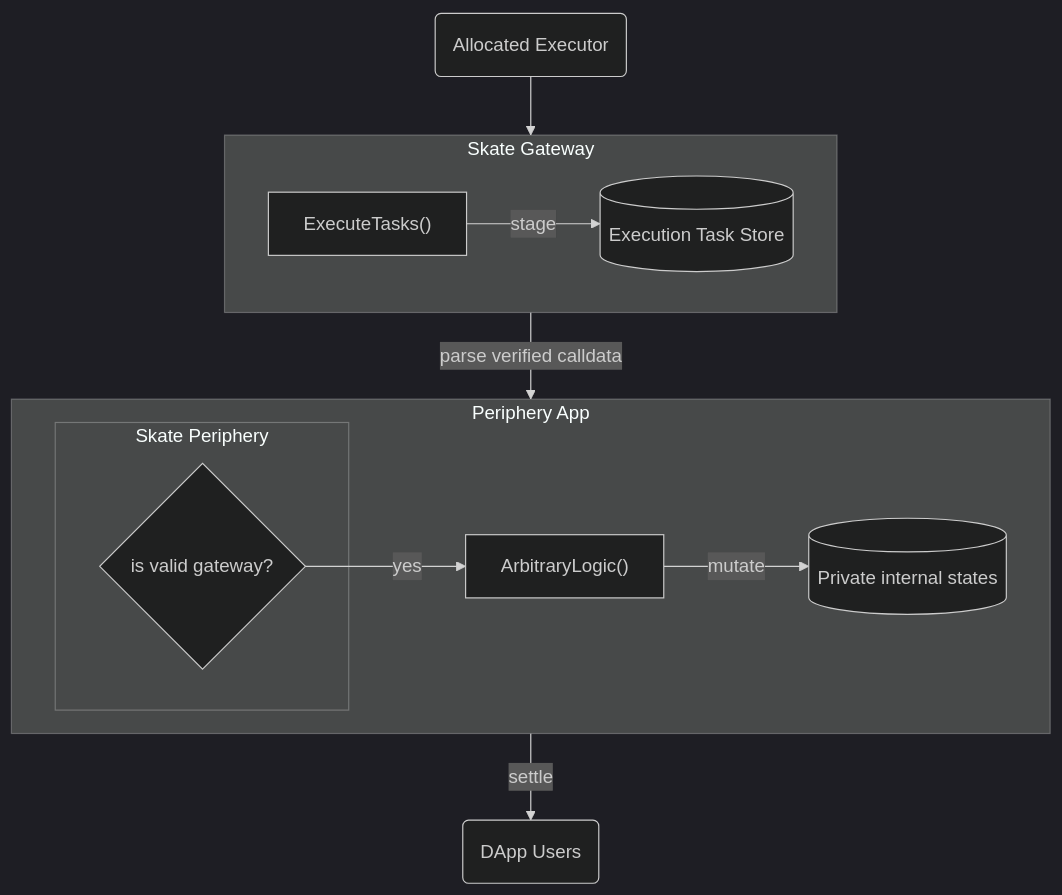
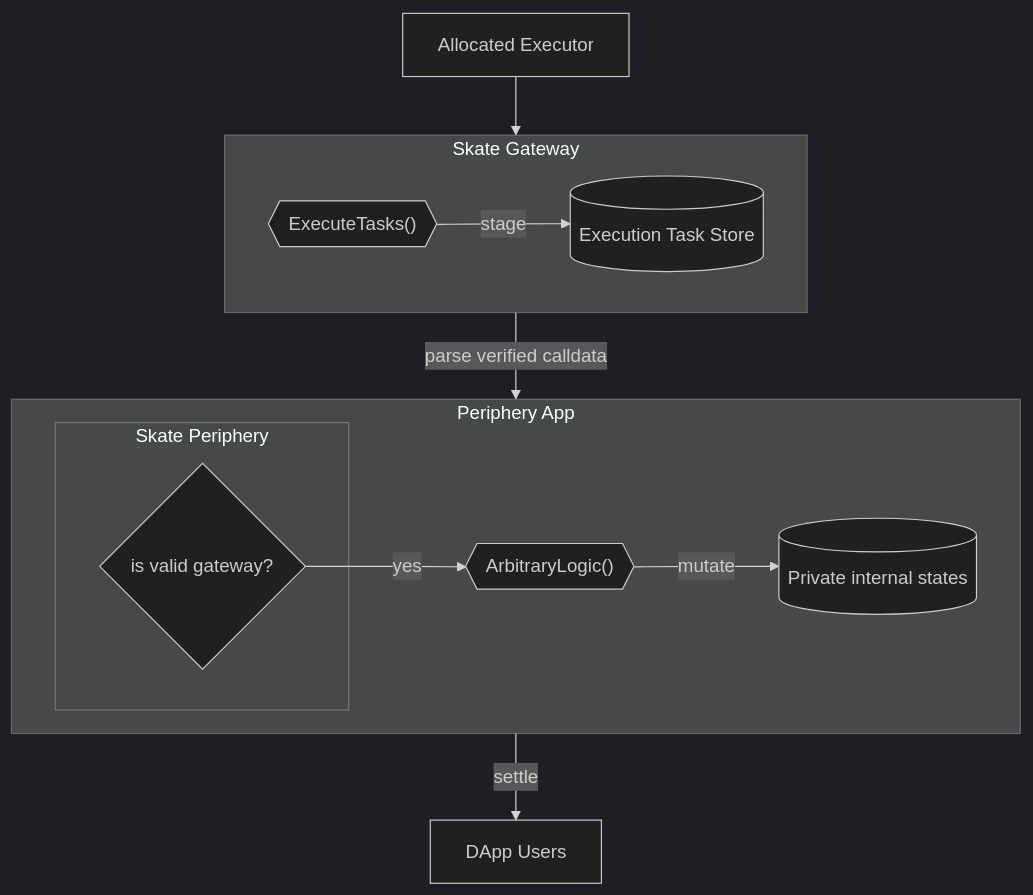
Before and after one commit to Skate-Org/docs: the diagram in main/architecture/periphery.mdx, drawn with Mermaid (dark theme). The commit also changed other lines of this file and 3 other files, not shown here.

````diff
--- a/main/architecture/periphery.mdx
+++ b/main/architecture/periphery.mdx
@@ -28,26 +28,26 @@
 ```mermaid
   flowchart TB
-    executor("Allocated Executor") --> sGateway
+    executor["Allocated Executor"] --> sGateway
 
     subgraph sGateway[Skate Gateway]
       direction LR
-      executeTask["ExecuteTasks()"]
+      executeTask{{"ExecuteTasks()"}}
       taskStore[(Execution Task Store)]
 
       executeTask -- stage --> taskStore
     end
 
     executeTask -- "parse verified calldata" --> guard
 
     subgraph App[Periphery App]
       direction LR
       subgraph SkatePeriphery[Skate Periphery]
         guard{is valid gateway?}
       end
-      pLogic["ArbitraryLogic()"]
+      pLogic{{"ArbitraryLogic()"}}
       guard -- yes --> pLogic
       pLogic -- mutate --> state[(Private internal states)]
     end
 
-    pLogic -- settle --> User(DApp Users)
+    pLogic -- settle --> User[DApp Users]
 ```
````
